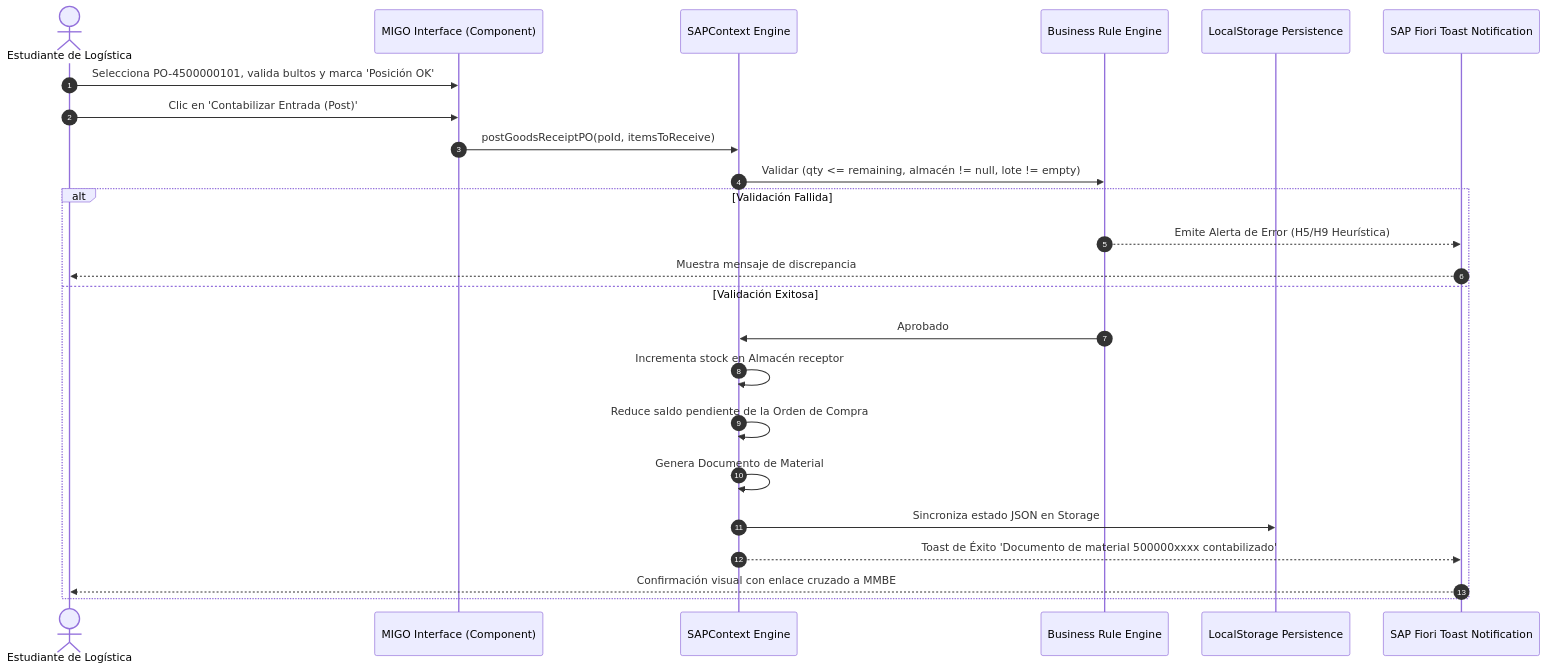
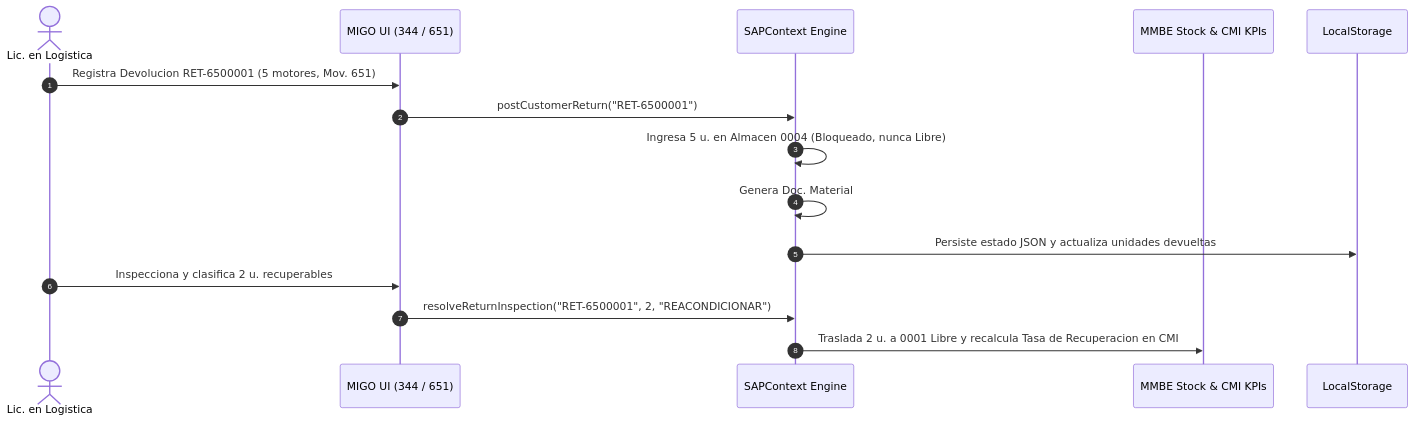
One commit to nedder3/S4HARA changed the second of 2 diagrams in README.md. Above: the diagram before and after it, drawn with Mermaid. The commit also changed other lines of this file, not shown here.

Commit message:
docs(readme): update README with UTN-to-SAP curriculum mapping, new T-Codes, and Mermaid diagrams

````diff
--- a/README.md
+++ b/README.md
@@ -78,27 +73,18 @@
 ```mermaid
 sequenceDiagram
     autonumber
-    actor Alumno as Estudiante de Logística
-    participant UI as MIGO Interface (Component)
+    actor Alumno as Lic. en Logistica
+    participant MIGO as MIGO UI (344 / 651)
     participant Engine as SAPContext Engine
-    participant Validator as Business Rule Engine
-    participant Storage as LocalStorage Persistence
-    participant Toaster as SAP Fiori Toast Notification
+    participant MMBE as MMBE Stock & CMI KPIs
+    participant Storage as LocalStorage
 
-    Alumno->>UI: Selecciona PO-4500000101, valida bultos y marca 'Posición OK'
-    Alumno->>UI: Clic en 'Contabilizar Entrada (Post)'
-    UI->>Engine: postGoodsReceiptPO(poId, itemsToReceive)
-    Engine->>Validator: Validar (qty <= remaining, almacén != null, lote != empty)
-    alt Validación Fallida
-        Validator-->>Toaster: Emite Alerta de Error (H5/H9 Heurística)
-        Toaster-->>Alumno: Muestra mensaje de discrepancia
-    else Validación Exitosa
-        Validator->>Engine: Aprobado
-        Engine->>Engine: Incrementa stock en Almacén receptor
-        Engine->>Engine: Reduce saldo pendiente de la Orden de Compra
-        Engine->>Engine: Genera Documento de Material #500000xxxx (Mov. 101)
-        Engine->>Storage: Sincroniza estado JSON en Storage
-        Engine-->>Toaster: Toast de Éxito 'Documento de material 500000xxxx contabilizado'
-        Toaster-->>Alumno: Confirmación visual con enlace cruzado a MMBE
-    end
+    Alumno->>MIGO: Registra Devolucion RET-6500001 (5 motores, Mov. 651)
+    MIGO->>Engine: postCustomerReturn("RET-6500001")
+    Engine->>Engine: Ingresa 5 u. en Almacen 0004 (Bloqueado, nunca Libre)
+    Engine->>Engine: Genera Doc. Material #500000xxxx (Mov. 651)
+    Engine->>Storage: Persiste estado JSON y actualiza unidades devueltas
+    Alumno->>MIGO: Inspecciona y clasifica 2 u. recuperables
+    MIGO->>Engine: resolveReturnInspection("RET-6500001", 2, "REACONDICIONAR")
+    Engine->>MMBE: Traslada 2 u. a 0001 Libre y recalcula Tasa de Recuperacion en CMI
 ```
````
